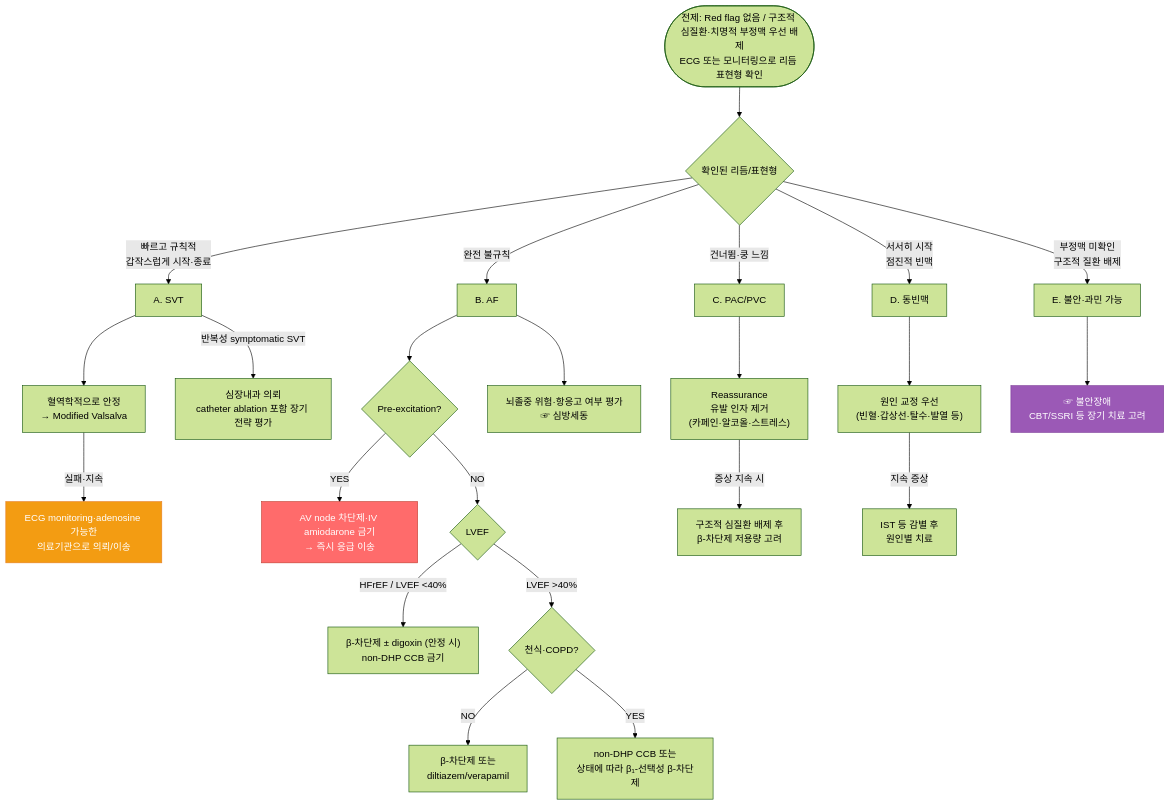
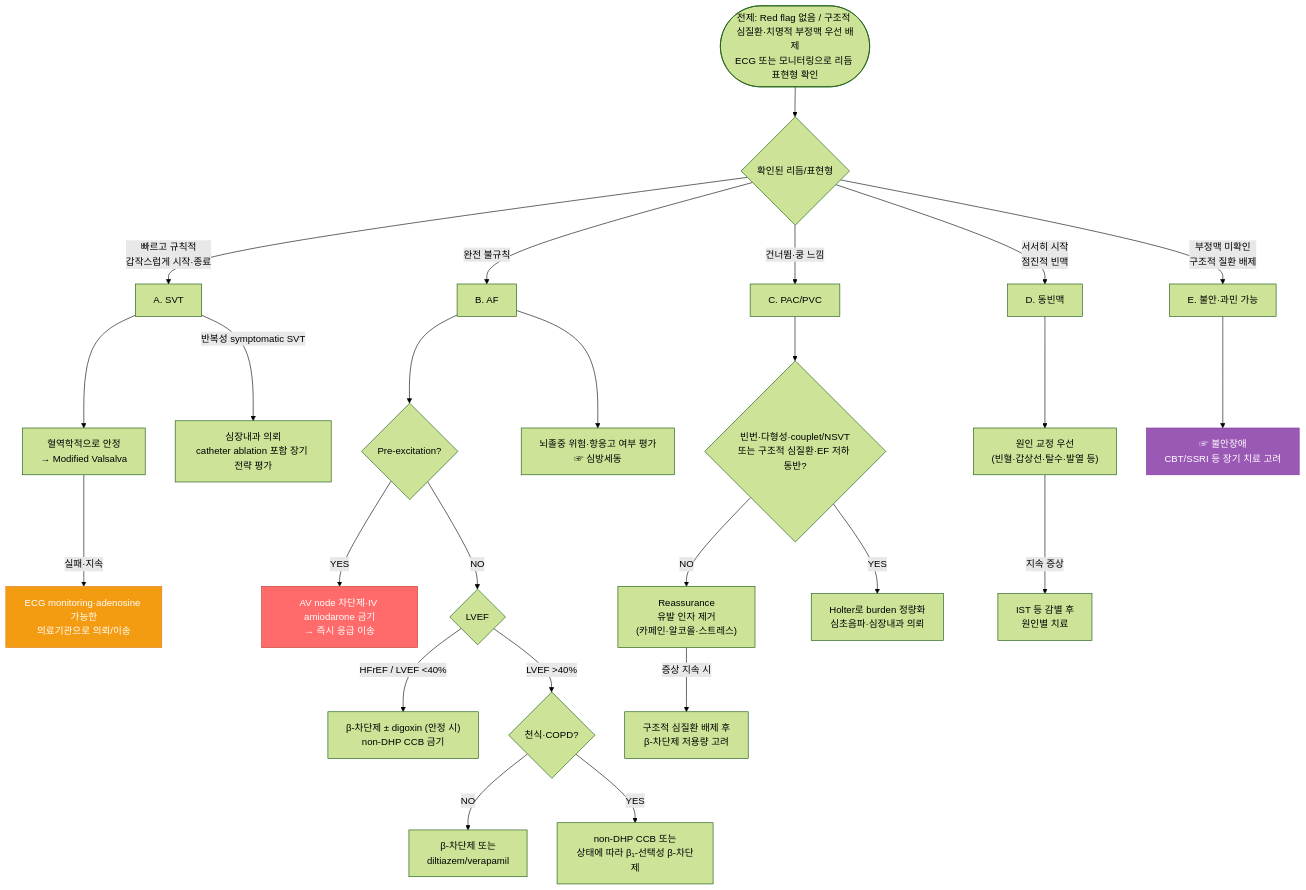
One commit to familyoh77/familyoh77 changed the diagram in 220_/009_-palpitation.md. Above: the diagram before and after it, drawn with Mermaid (forest theme). The commit also changed other lines of this file, not shown here.

````diff
--- a/220_/009_-palpitation.md
+++ b/220_/009_-palpitation.md
@@ -140,35 +154,37 @@
 ```mermaid
 graph TD
     Start(["전제: Red flag 없음 / 구조적 심질환·치명적 부정맥 우선 배제<br/>ECG 또는 모니터링으로 리듬 표현형 확인"]) --> Rhythm{확인된 리듬/표현형}
 
     Rhythm -->|"빠르고 규칙적<br/>갑작스럽게 시작·종료"| SVT["A. SVT"]
     Rhythm -->|"완전 불규칙"| AF["B. AF"]
     Rhythm -->|"건너뜀·쿵 느낌"| PVC["C. PAC/PVC"]
     Rhythm -->|"서서히 시작<br/>점진적 빈맥"| Sinus["D. 동빈맥"]
     Rhythm -->|"부정맥 미확인<br/>구조적 질환 배제"| Anxiety["E. 불안·과민 가능"]
 
     SVT --> Vagal["혈역학적으로 안정<br/>→ Modified Valsalva"]
     Vagal -->|"실패·지속"| ER1["ECG monitoring·adenosine 가능한<br/>의료기관으로 의뢰/이송"]
     SVT -->|"반복성 symptomatic SVT"| SVTref["심장내과 의뢰<br/>catheter ablation 포함 장기 전략 평가"]
 
     AF --> PreEx{"Pre-excitation?"}
     PreEx -->|"YES"| WPW["AV node 차단제·IV amiodarone 금기<br/>→ 즉시 응급 이송"]
     PreEx -->|"NO"| EF{"LVEF"}
     EF -->|"HFrEF / LVEF <40%"| AFhf["β-차단제 ± digoxin (안정 시)<br/>non-DHP CCB 금기"]
     EF -->|"LVEF >40%"| Resp{"천식·COPD?"}
     Resp -->|"NO"| AFnormal["β-차단제 또는<br/>diltiazem/verapamil"]
     Resp -->|"YES"| AFcopd["non-DHP CCB 또는<br/>상태에 따라 β₁-선택성 β-차단제"]
     AF --> Stroke["뇌졸중 위험·항응고 여부 평가<br/>☞ 심방세동"]
 
-    PVC --> PVC1["Reassurance<br/>유발 인자 제거<br/>(카페인·알코올·스트레스)"]
+    PVC --> PVCBurden{"빈번·다형성·couplet/NSVT<br/>또는 구조적 심질환·EF 저하 동반?"}
+    PVCBurden -->|"NO"| PVC1["Reassurance<br/>유발 인자 제거<br/>(카페인·알코올·스트레스)"]
     PVC1 -->|"증상 지속 시"| BB3["구조적 심질환 배제 후<br/>β-차단제 저용량 고려"]
+    PVCBurden -->|"YES"| PVCref["Holter로 burden 정량화<br/>심초음파·심장내과 의뢰"]
 
     Sinus --> Sinus1["원인 교정 우선<br/>(빈혈·갑상선·탈수·발열 등)"]
     Sinus1 -->|"지속 증상"| Sinus2["IST 등 감별 후<br/>원인별 치료"]
 
     Anxiety --> Anxiety1["☞ 불안장애<br/>CBT/SSRI 등 장기 치료 고려"]
 
     style WPW fill:#ff6b6b,stroke:#c0392b,color:#fff
     style ER1 fill:#f39c12,stroke:#e67e22,color:#fff
     style Anxiety1 fill:#9b59b6,stroke:#7d3c98,color:#fff
 ```
````
